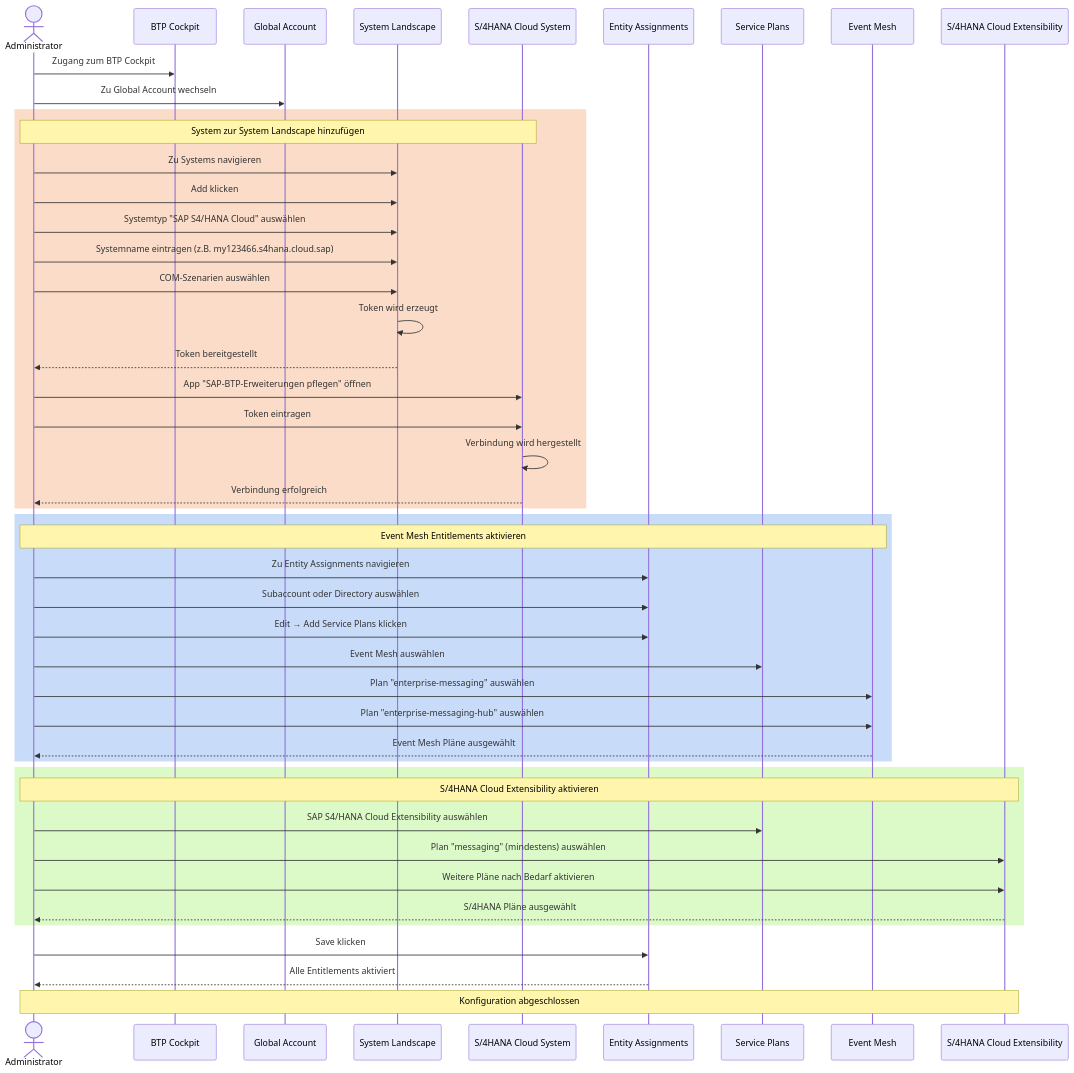
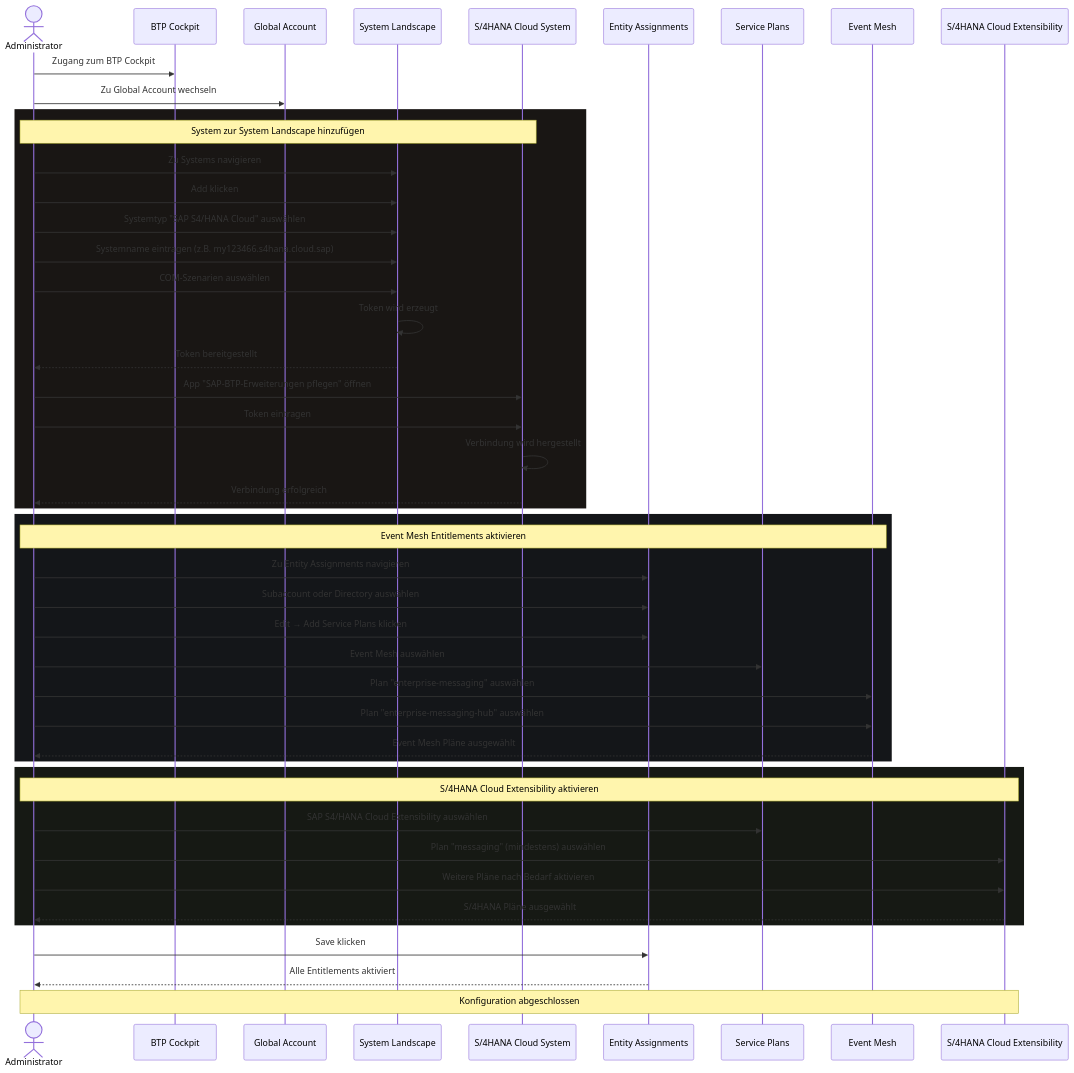
The diagram in content/SAP Integration Suite/How-Tos/Verbindung zwischen BTP und EPR herstellen.md (tq-bit/public-notes), drawn with Mermaid before and after one commit. The commit also changed 10 other files, not shown here.

````diff
--- a/content/SAP Integration Suite/How-Tos/Verbindung zwischen BTP und EPR herstellen.md
+++ b/content/SAP Integration Suite/How-Tos/Verbindung zwischen BTP und EPR herstellen.md
@@ -42,55 +42,55 @@
 ```mermaid
 sequenceDiagram
     actor Admin as Administrator
     participant BTP as BTP Cockpit
     participant GA as Global Account
     participant SL as System Landscape
     participant S4 as S/4HANA Cloud System
     participant EA as Entity Assignments
     participant SP as Service Plans
     participant EM as Event Mesh
     participant S4E as S/4HANA Cloud Extensibility
 
     Admin->>BTP: Zugang zum BTP Cockpit
     Admin->>GA: Zu Global Account wechseln
     
-    rect rgb(250, 220, 200)
+    rect rgb(25, 22, 20)
         Note over Admin,S4: System zur System Landscape hinzufügen
         Admin->>SL: Zu Systems navigieren
         Admin->>SL: Add klicken
         Admin->>SL: Systemtyp "SAP S4/HANA Cloud" auswählen
         Admin->>SL: Systemname eintragen (z.B. my123466.s4hana.cloud.sap)
         Admin->>SL: COM-Szenarien auswählen
         SL->>SL: Token wird erzeugt
         SL-->>Admin: Token bereitgestellt
         
         Admin->>S4: App "SAP-BTP-Erweiterungen pflegen" öffnen
         Admin->>S4: Token eintragen
         S4->>S4: Verbindung wird hergestellt
         S4-->>Admin: Verbindung erfolgreich
     end
     
-    rect rgb(200, 220, 250)
+    rect rgb(20, 22, 25)
         Note over Admin,EM: Event Mesh Entitlements aktivieren
         Admin->>EA: Zu Entity Assignments navigieren
         Admin->>EA: Subaccount oder Directory auswählen
         Admin->>EA: Edit → Add Service Plans klicken
         Admin->>SP: Event Mesh auswählen
         Admin->>EM: Plan "enterprise-messaging" auswählen
         Admin->>EM: Plan "enterprise-messaging-hub" auswählen
         EM-->>Admin: Event Mesh Pläne ausgewählt
     end
     
-    rect rgb(220, 250, 200)
+    rect rgb(22, 25, 20)
         Note over Admin,S4E: S/4HANA Cloud Extensibility aktivieren
         Admin->>SP: SAP S4/HANA Cloud Extensibility auswählen
         Admin->>S4E: Plan "messaging" (mindestens) auswählen
         Admin->>S4E: Weitere Pläne nach Bedarf aktivieren
         S4E-->>Admin: S/4HANA Pläne ausgewählt
     end
     
     Admin->>EA: Save klicken
     EA-->>Admin: Alle Entitlements aktiviert
     
     Note over Admin,S4E: Konfiguration abgeschlossen
 ```
````
